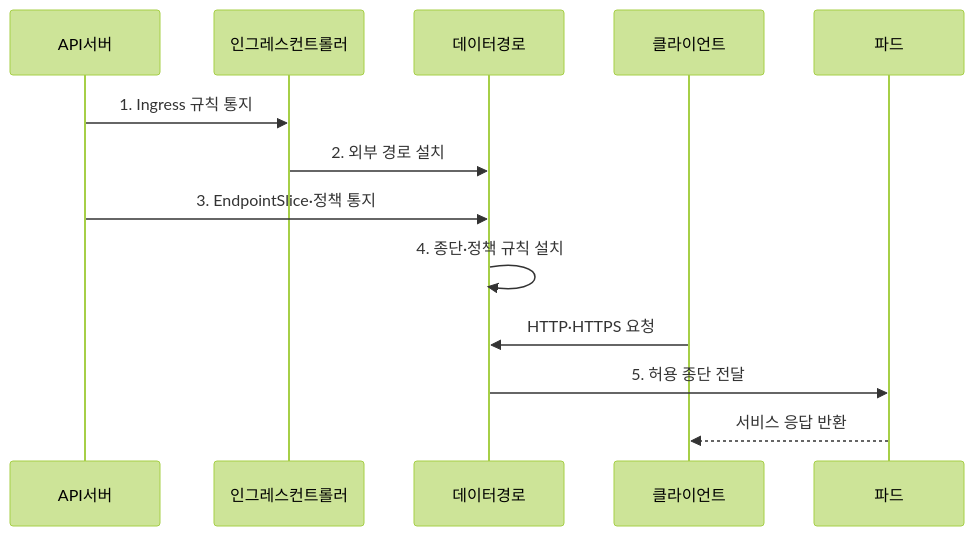
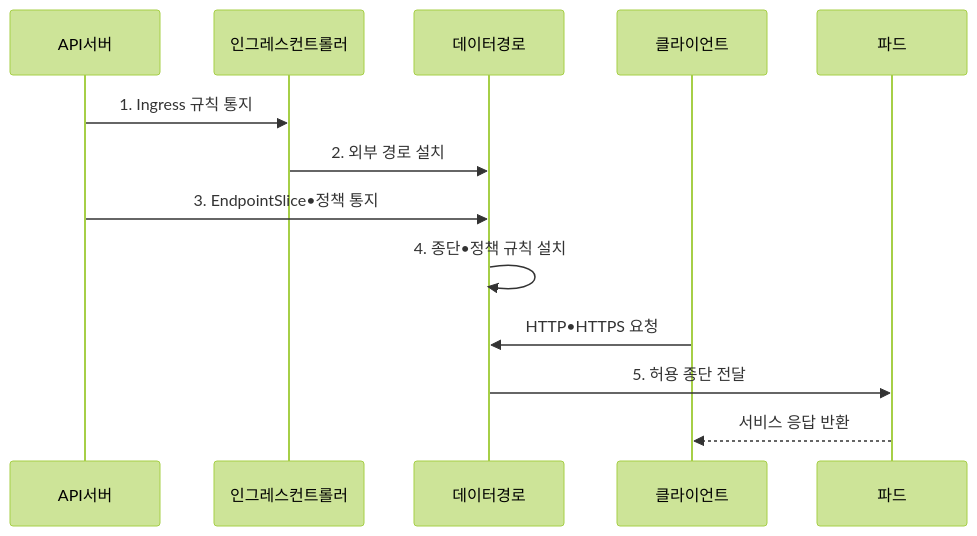
The second of 2 diagrams in src/content/docs/notes/04-network/062_kubernetes_networking.md (agnusdei1207/knowledge-base), drawn with Mermaid (forest theme) before and after one commit. The commit also changed other lines of this file and 953 other files, not shown here.

````diff
--- a/src/content/docs/notes/04-network/062_kubernetes_networking.md
+++ b/src/content/docs/notes/04-network/062_kubernetes_networking.md
@@ -110,15 +110,15 @@
 ```mermaid
 sequenceDiagram
     participant API서버
     participant 인그레스컨트롤러
     participant 데이터경로
     participant 클라이언트
     participant 파드
     API서버->>인그레스컨트롤러: 1. Ingress 규칙 통지
     인그레스컨트롤러->>데이터경로: 2. 외부 경로 설치
-    API서버->>데이터경로: 3. EndpointSlice·정책 통지
-    데이터경로->>데이터경로: 4. 종단·정책 규칙 설치
-    클라이언트->>데이터경로: HTTP·HTTPS 요청
+    API서버->>데이터경로: 3. EndpointSlice•정책 통지
+    데이터경로->>데이터경로: 4. 종단•정책 규칙 설치
+    클라이언트->>데이터경로: HTTP•HTTPS 요청
     데이터경로->>파드: 5. 허용 종단 전달
     파드-->>클라이언트: 서비스 응답 반환
 ```
````
